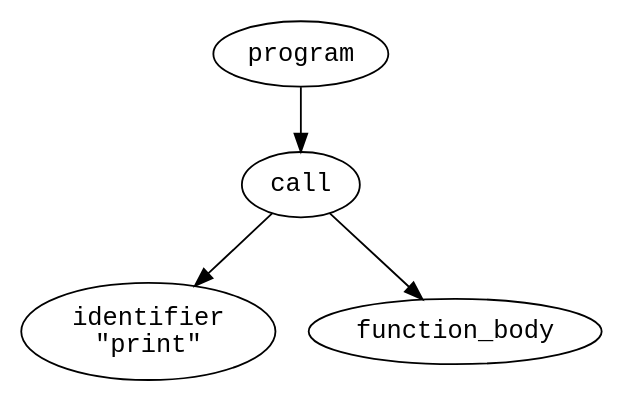
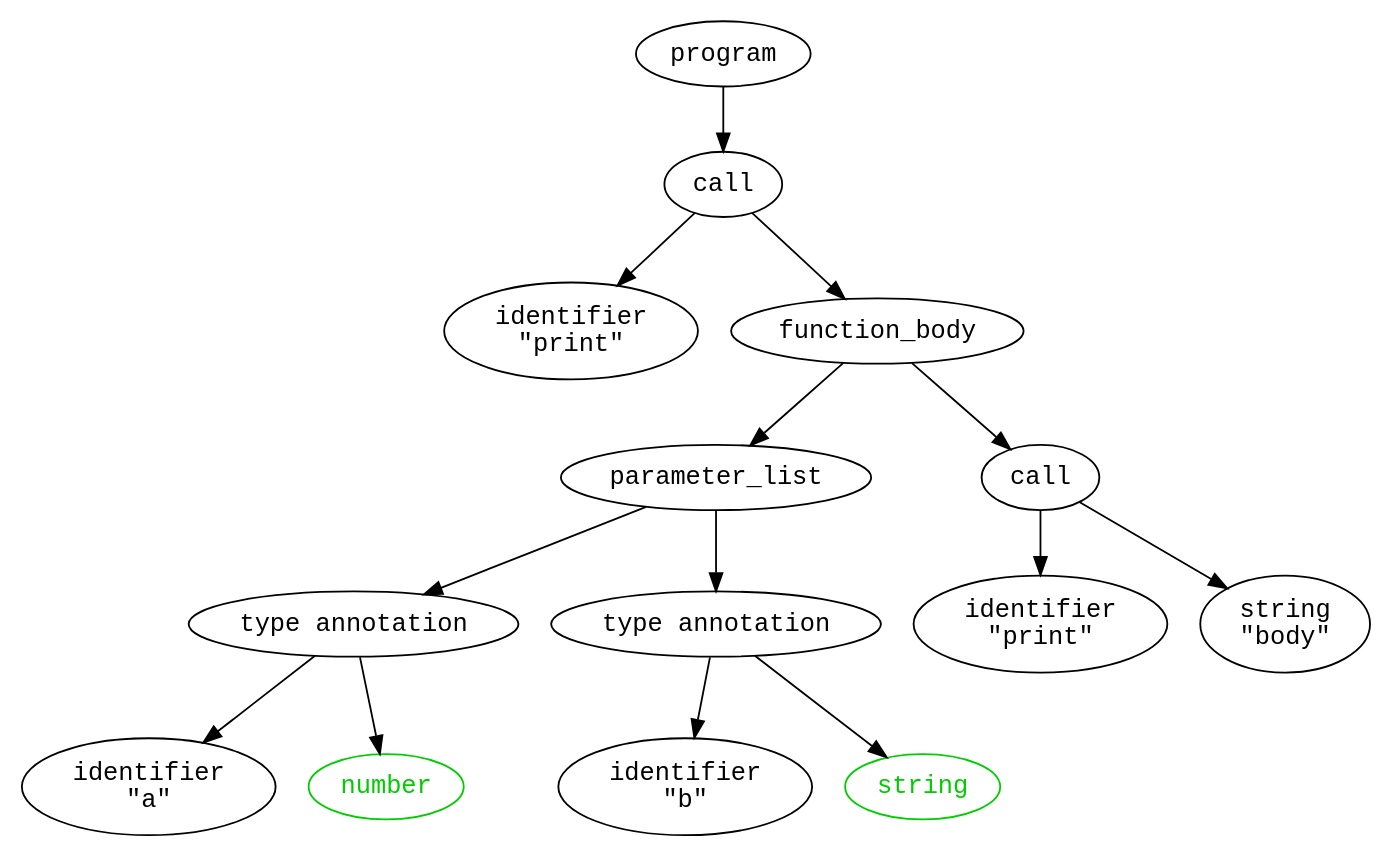
The diagram in compiler/src/dot/function_expression.dot (luapp-org/luapp), drawn with Graphviz before and after one commit. The commit also changed 13 other files, not shown here.

```diff
--- a/compiler/src/dot/function_expression.dot
+++ b/compiler/src/dot/function_expression.dot
@@ -1,11 +1,35 @@
 digraph G
 {
 	node[fontname=Monospace]
 	n0[label="program"]
 	n1[label="call"]
 	n0->n1
 	n2[label="identifier\n\"print\""]
 	n1->n2
 	n3[label="function_body"]
 	n1->n3
+	n4[label="parameter_list"]
+	n3->n4
+	n5[label="type annotation"]
+	n4->n5
+	n6[label="identifier\n\"a\""]
+	n5->n6
+	n7[label="number"]
+	n7[color=green3]
+	n7[fontcolor=green3]
+	n5->n7
+	n8[label="type annotation"]
+	n4->n8
+	n9[label="identifier\n\"b\""]
+	n8->n9
+	n10[label="string"]
+	n10[color=green3]
+	n10[fontcolor=green3]
+	n8->n10
+	n12[label="call"]
+	n3->n12
+	n13[label="identifier\n\"print\""]
+	n12->n13
+	n14[label="string\n\"body\""]
+	n12->n14
 }
```
